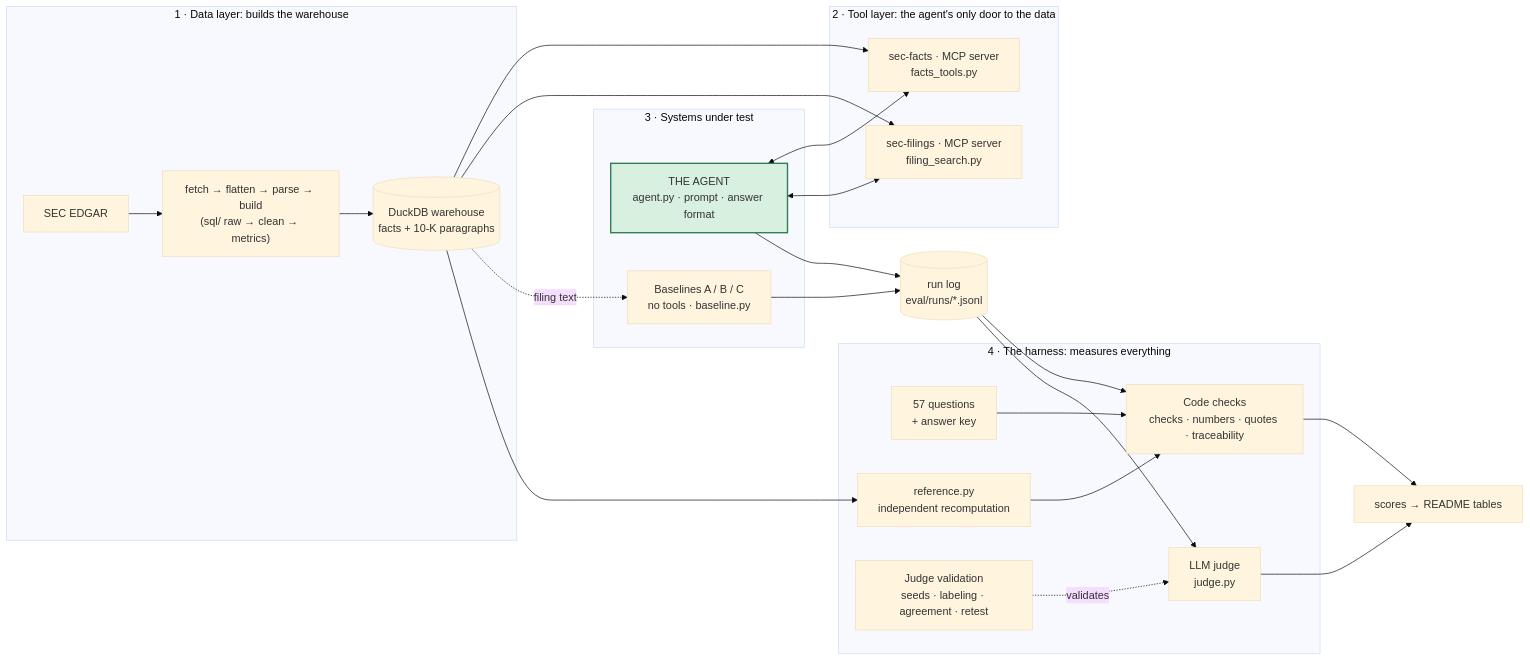
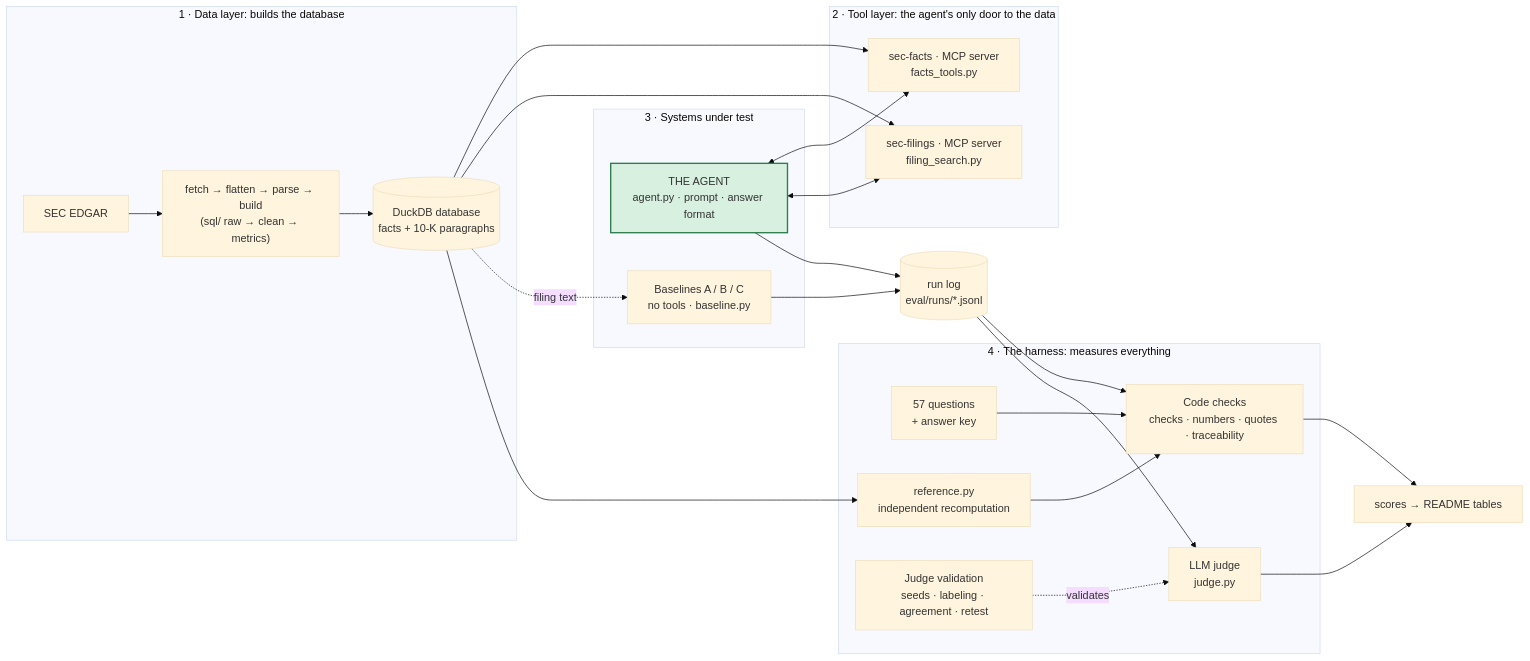
Before and after one commit to crystalloza/sec-filings-analyst-agent: the diagram in README.md, drawn with Mermaid (base theme). The commit also changed other lines of this file, not shown here.

````diff
--- a/README.md
+++ b/README.md
@@ -137,43 +142,43 @@
 ```mermaid
 flowchart LR
-  subgraph DATA["1 · Data layer: builds the warehouse"]
+  subgraph DATA["1 · Data layer: builds the database"]
     SEC["SEC EDGAR"] --> PIPE["fetch → flatten → parse → build<br/>(sql/ raw → clean → metrics)"]
-    PIPE --> WH[("DuckDB warehouse<br/>facts + 10-K paragraphs")]
+    PIPE --> WH[("DuckDB database<br/>facts + 10-K paragraphs")]
   end
 
   subgraph TOOLS["2 · Tool layer: the agent's only door to the data"]
     FACTS["sec-facts · MCP server<br/>facts_tools.py"]
     FIL["sec-filings · MCP server<br/>filing_search.py"]
   end
 
   subgraph SUT["3 · Systems under test"]
     AGENT["THE AGENT<br/>agent.py · prompt · answer format"]
     BASE["Baselines A / B / C<br/>no tools · baseline.py"]
   end
 
   subgraph HARNESS["4 · The harness: measures everything"]
     Q["57 questions<br/>+ answer key"]
     REF["reference.py<br/>independent recomputation"]
     CHK["Code checks<br/>checks · numbers · quotes · traceability"]
     JDG["LLM judge<br/>judge.py"]
     VAL["Judge validation<br/>seeds · labeling · agreement · retest"]
   end
 
   WH --> FACTS
   WH --> FIL
   AGENT <--> FACTS
   AGENT <--> FIL
   WH -. "filing text" .-> BASE
   AGENT --> LOG[("run log<br/>eval/runs/*.jsonl")]
   BASE --> LOG
   Q --> CHK
   WH --> REF --> CHK
   LOG --> CHK
   LOG --> JDG
   VAL -. "validates" .-> JDG
   CHK --> RES["scores → README tables"]
   JDG --> RES
 
   classDef agent fill:#d7f0e0,stroke:#2f7d4f,stroke-width:2px;
   class AGENT agent;
 ```
````
